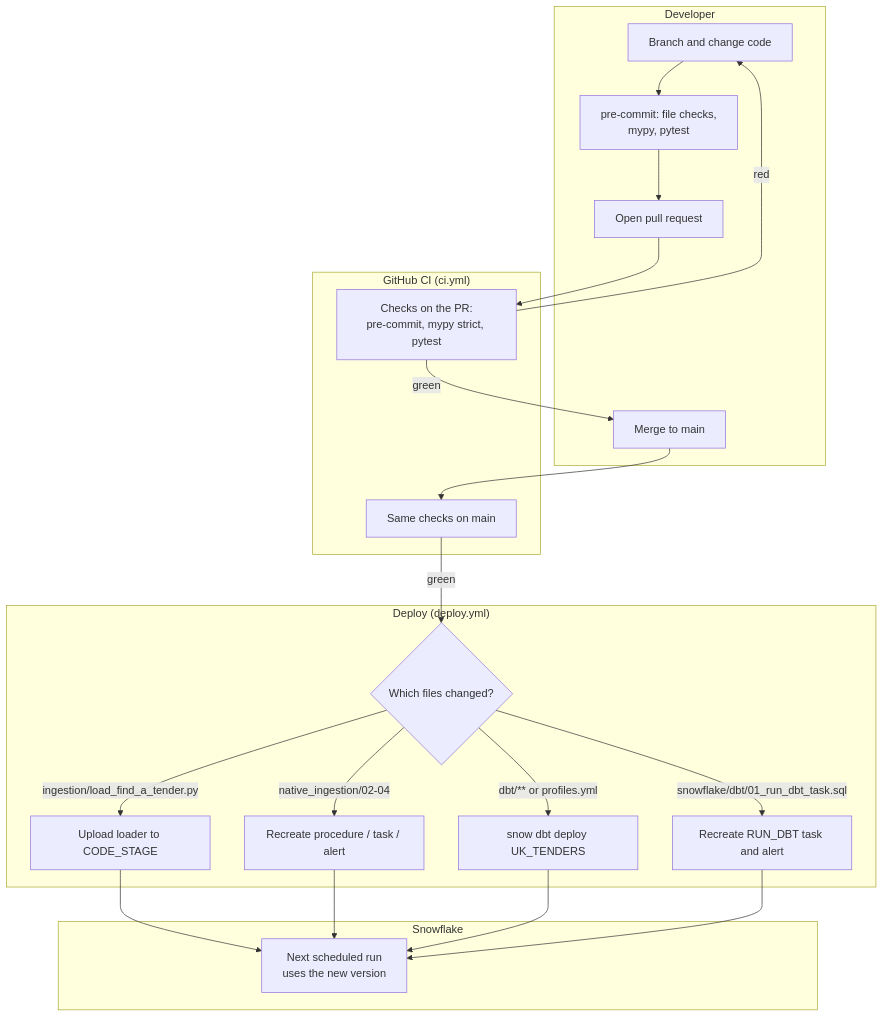
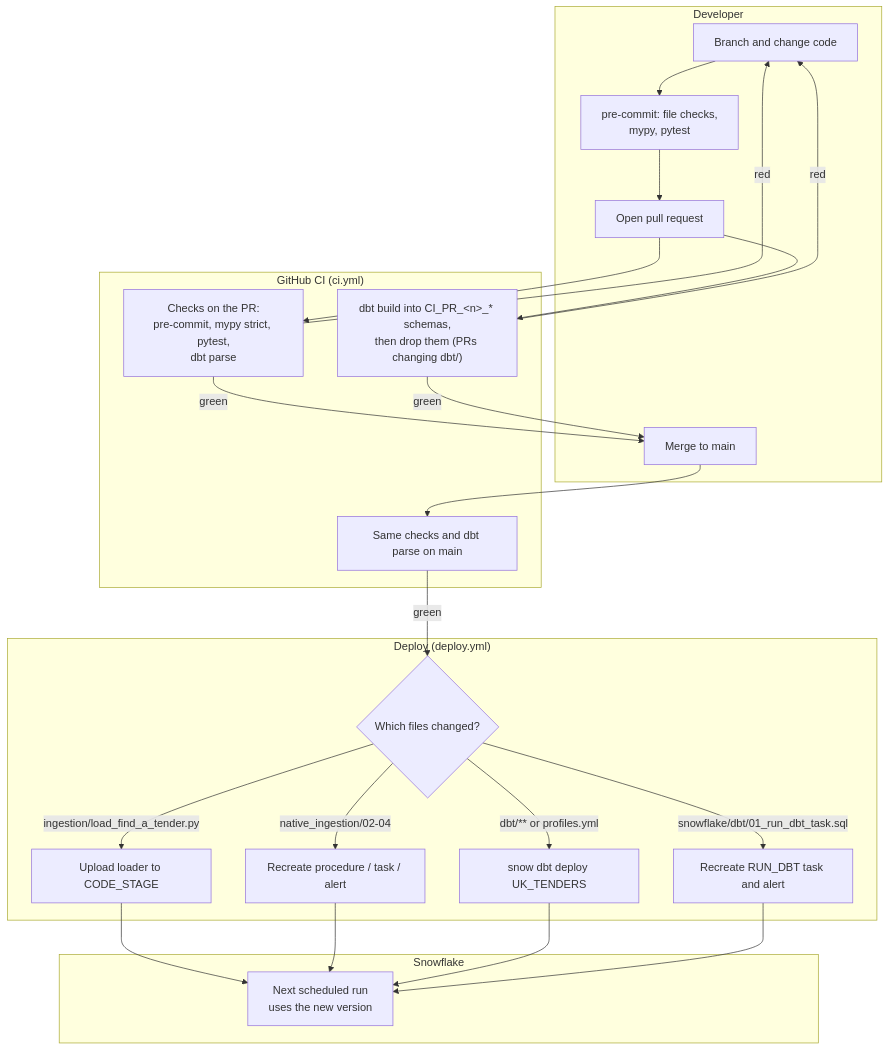
One commit to jacekjastrzebski/uk-tenders-dbt-snowflake changed the fifth of 5 diagrams in docs/diagrams/flows.md. Above: the diagram before and after it, drawn with Mermaid. The commit also changed other lines of this file and 8 other files, not shown here.

First line of the commit message:
Parse dbt on every pull request and build it when dbt changes

````diff
--- a/docs/diagrams/flows.md
+++ b/docs/diagrams/flows.md
@@ -140,29 +140,31 @@
 ```mermaid
 flowchart TB
     subgraph DEV["Developer"]
         D1["Branch and change code"] --> D2["pre-commit: file checks,<br/>mypy, pytest"] --> D3["Open pull request"]
         D5["Merge to main"]
     end
     subgraph CI["GitHub CI (ci.yml)"]
-        C1["Checks on the PR:<br/>pre-commit, mypy strict, pytest"]
-        C2["Same checks on main"]
+        C1["Checks on the PR:<br/>pre-commit, mypy strict, pytest,<br/>dbt parse"]
+        C3["dbt build into CI_PR_&lt;n&gt;_* schemas,<br/>then drop them (PRs changing dbt/)"]
+        C2["Same checks and dbt parse on main"]
     end
     subgraph DEP["Deploy (deploy.yml)"]
         P1{"Which files changed?"}
         P2["Upload loader to CODE_STAGE"]
         P3["Recreate procedure / task / alert"]
         P4["snow dbt deploy UK_TENDERS"]
         P5["Recreate RUN_DBT task and alert"]
     end
     subgraph SF["Snowflake"]
         S1["Next scheduled run<br/>uses the new version"]
     end
 
-    D3 --> C1 -->|"green"| D5 --> C2 -->|"green"| P1
-    C1 -->|"red"| D1
+    D3 --> C1 & C3
+    C1 & C3 -->|"green"| D5 --> C2 -->|"green"| P1
+    C1 & C3 -->|"red"| D1
     P1 -->|"ingestion/load_find_a_tender.py"| P2
     P1 -->|"native_ingestion/02-04"| P3
     P1 -->|"dbt/** or profiles.yml"| P4
     P1 -->|"snowflake/dbt/01_run_dbt_task.sql"| P5
     P2 & P3 & P4 & P5 --> S1
 ```
````
